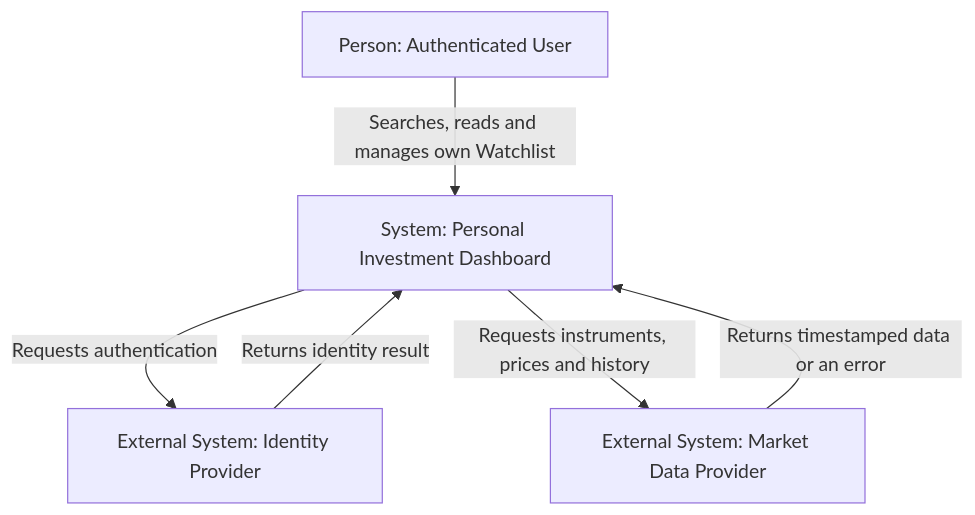
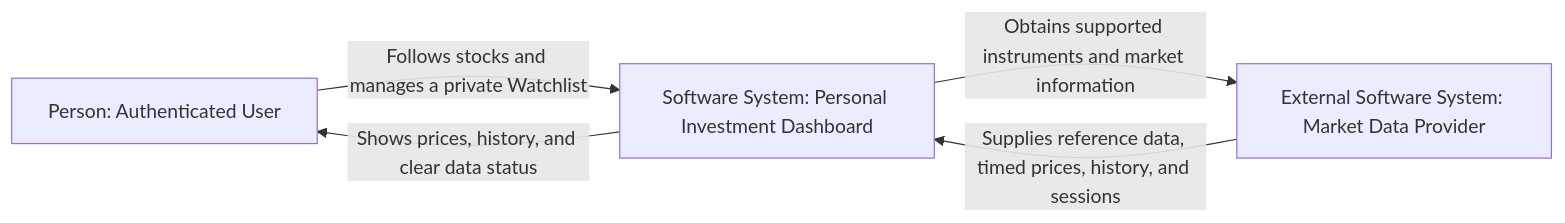
Before and after one commit to AlexOp27-z/Proiectarea-sistemelor-informatice-labs: the diagram in SD/lab-1/README.md, drawn with Mermaid. The commit also changed other lines of this file and 5 other files, not shown here.

````diff
--- a/SD/lab-1/README.md
+++ b/SD/lab-1/README.md
@@ -125,12 +190,10 @@
 ```mermaid
-flowchart TB
- U["Person: Authenticated User"]
- D["System: Personal Investment Dashboard"]
- M["External System: Market Data Provider"]
- I["External System: Identity Provider"]
- U -->|Searches, reads and manages own Watchlist| D
- D -->|Requests authentication| I
- I -->|Returns identity result| D
- D -->|Requests instruments, prices and history| M
- M -->|Returns timestamped data or an error| D
+flowchart LR
+    U["Person: Authenticated User"]
+    D["Software System: Personal Investment Dashboard"]
+    M["External Software System: Market Data Provider"]
+    U -->|"Follows stocks and manages a private Watchlist"| D
+    D -->|"Shows prices, history, and clear data status"| U
+    D -->|"Obtains supported instruments and market information"| M
+    M -->|"Supplies reference data, timed prices, history, and sessions"| D
 ```
````
